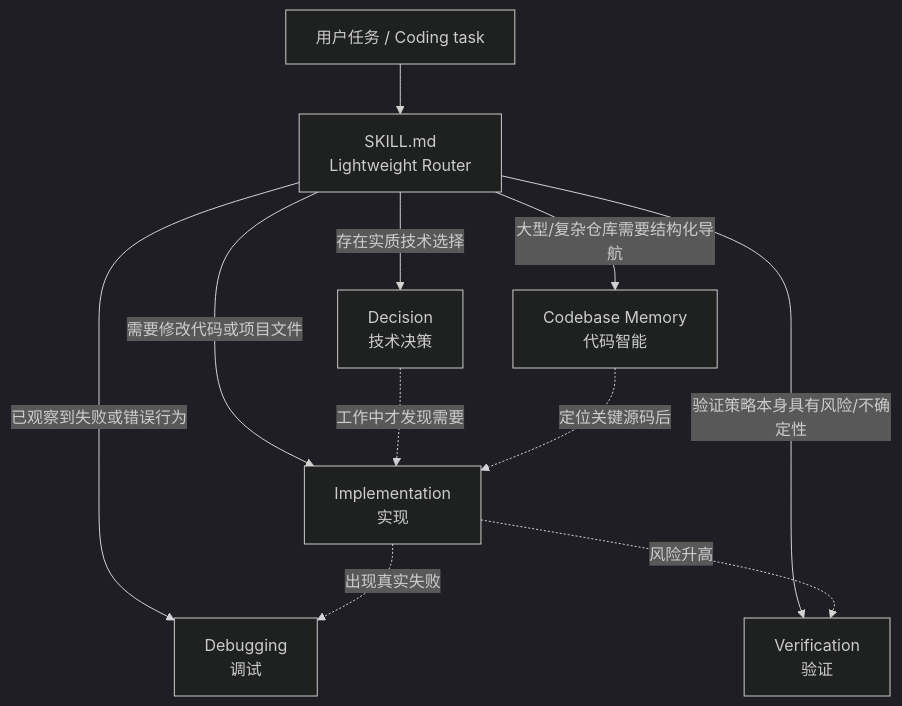
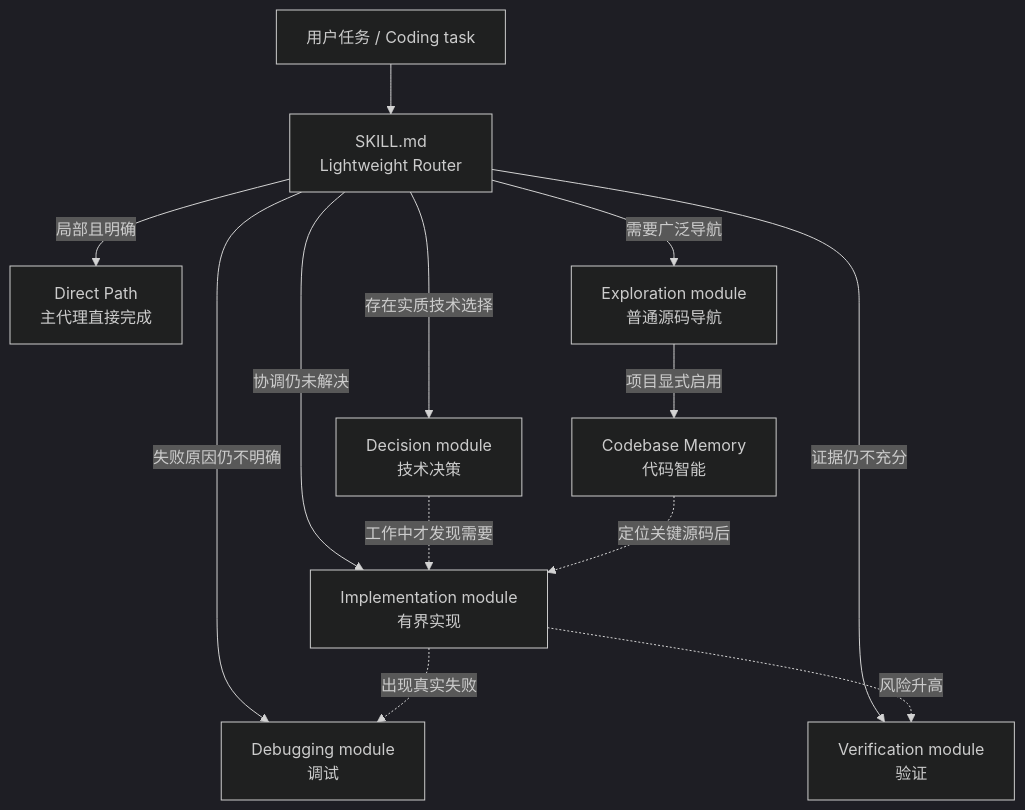
One commit to Hubujiu/practical-coding changed the first of 2 diagrams in README.md. Above: the diagram before and after it, drawn with Mermaid (dark theme). The commit also changed other lines of this file and 10 other files, not shown here.

````diff
--- a/README.md
+++ b/README.md
@@ -30,15 +31,17 @@
 ```mermaid
 flowchart TB
     T["用户任务 / Coding task"] --> R["SKILL.md<br/>Lightweight Router"]
 
-    R -->|"存在实质技术选择"| D["Decision<br/>技术决策"]
-    R -->|"需要修改代码或项目文件"| I["Implementation<br/>实现"]
-    R -->|"已观察到失败或错误行为"| G["Debugging<br/>调试"]
-    R -->|"验证策略本身具有风险/不确定性"| V["Verification<br/>验证"]
-    R -->|"大型/复杂仓库需要结构化导航"| M["Codebase Memory<br/>代码智能"]
+    R -->|"局部且明确"| X["Direct Path<br/>主代理直接完成"]
+    R -->|"存在实质技术选择"| D["Decision module<br/>技术决策"]
+    R -->|"协调仍未解决"| I["Implementation module<br/>有界实现"]
+    R -->|"失败原因仍不明确"| G["Debugging module<br/>调试"]
+    R -->|"证据仍不充分"| V["Verification module<br/>验证"]
+    R -->|"需要广泛导航"| E["Exploration module<br/>普通源码导航"]
+    E -->|"项目显式启用"| M["Codebase Memory<br/>代码智能"]
 
     D -. "工作中才发现需要" .-> I
     I -. "出现真实失败" .-> G
     I -. "风险升高" .-> V
     M -. "定位关键源码后" .-> I
 ```
````
